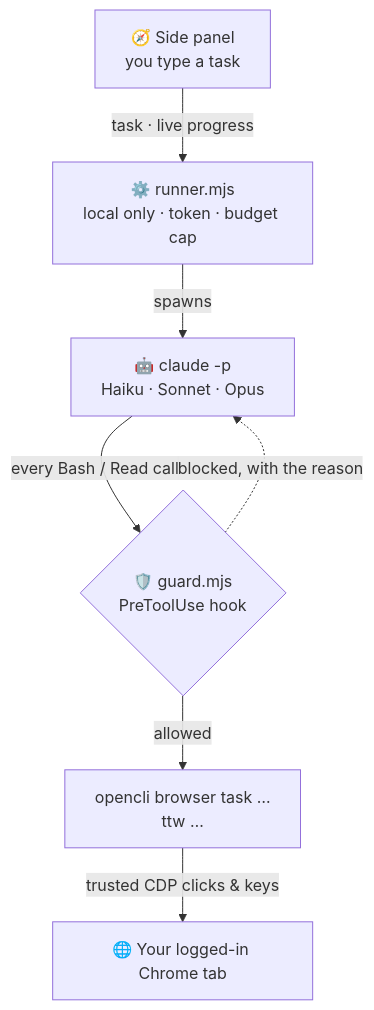
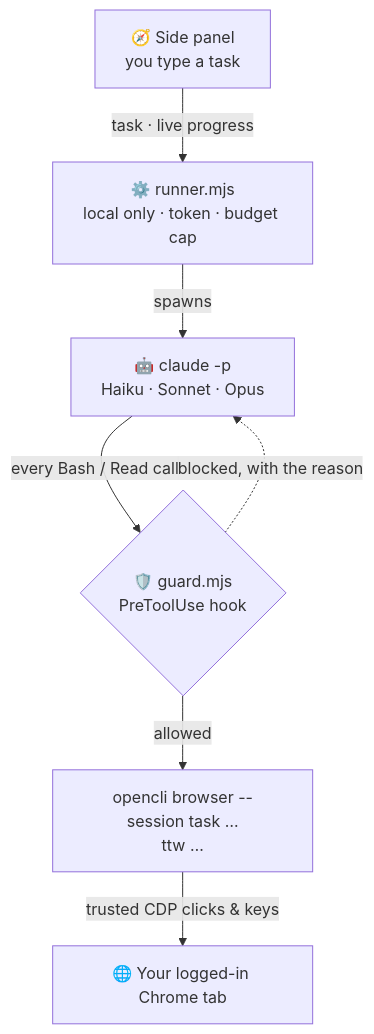
Before and after one commit to vladbondarenko97/take-the-wheel: the diagram in README.md, drawn with Mermaid. The commit also changed other lines of this file and 16 other files, not shown here.

````diff
--- a/README.md
+++ b/README.md
@@ -32,9 +32,9 @@
 ```mermaid
 flowchart TB
   P["🧭 Side panel<br/>you type a task"] -->|"task · live progress"| R["⚙️ runner.mjs<br/>local only · token · budget cap"]
   R -->|spawns| C["🤖 claude -p<br/>Haiku · Sonnet · Opus"]
   C -->|"every Bash / Read call"| G{"🛡️ guard.mjs<br/>PreToolUse hook"}
-  G -->|allowed| O["opencli browser task …<br/>ttw …"]
+  G -->|allowed| O["opencli browser --session task …<br/>ttw …"]
   G -.->|blocked, with the reason| C
   O -->|"trusted CDP clicks & keys"| X["🌐 Your logged-in Chrome tab"]
 ```
````
